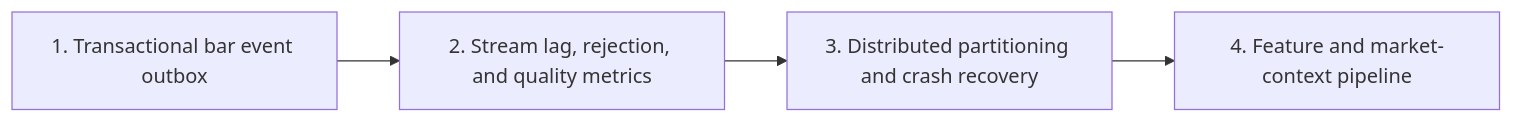
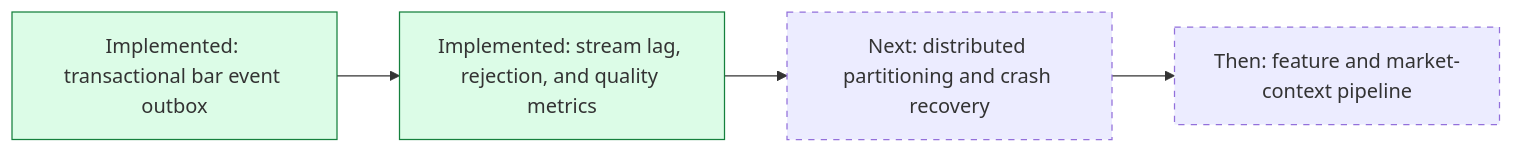
Before and after one commit to satyapp/predictiveEdge: the tenth of 10 diagrams in docs/architecture/core-ai/market-intelligence-user-flows-and-sequences.md, drawn with Mermaid. The commit also changed other lines of this file and 91 other files, not shown here.

````diff
--- a/docs/architecture/core-ai/market-intelligence-user-flows-and-sequences.md
+++ b/docs/architecture/core-ai/market-intelligence-user-flows-and-sequences.md
@@ -324,6 +342,11 @@
 ```mermaid
 flowchart LR
-    E1["1. Transactional bar event outbox"] --> E2["2. Stream lag, rejection, and quality metrics"]
-    E2 --> E3["3. Distributed partitioning and crash recovery"]
-    E3 --> E4["4. Feature and market-context pipeline"]
+    E1["Implemented: transactional bar event outbox"] --> E2["Implemented: stream lag, rejection, and quality metrics"]
+    E2 --> E3["Next: distributed partitioning and crash recovery"]
+    E3 --> E4["Then: feature and market-context pipeline"]
+
+    classDef done fill:#dcfce7,stroke:#15803d;
+    classDef next stroke-dasharray: 5 5;
+    class E1,E2 done;
+    class E3,E4 next;
 ```
````
